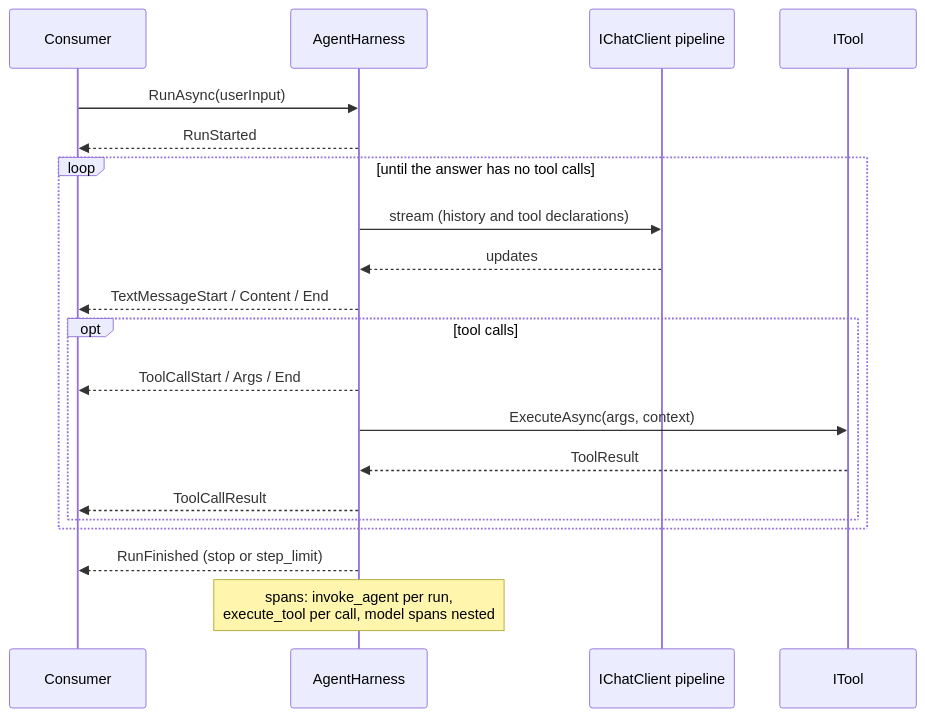
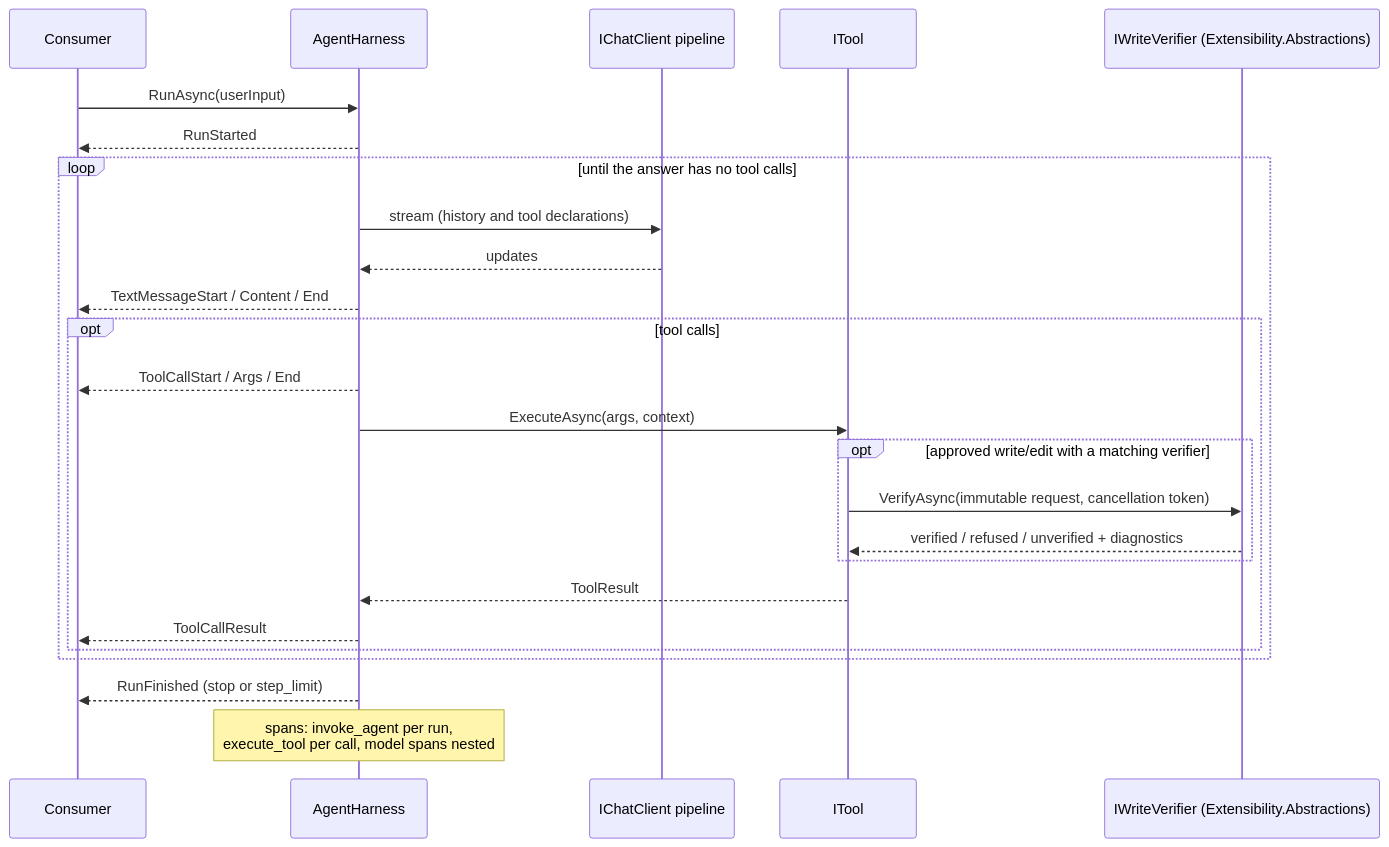
The third of 4 diagrams in docs/architecture.md (wdaniel1993/lunate), drawn with Mermaid before and after one commit. The commit also changed other lines of this file and 72 other files, not shown here.

First line of the commit message:
Implement verified edits: compile before write, diagnose before apply (#342)

````diff
--- a/docs/architecture.md
+++ b/docs/architecture.md
@@ -42,23 +42,28 @@
 ```mermaid
 sequenceDiagram
     participant C as Consumer
     participant H as AgentHarness
     participant P as IChatClient pipeline
     participant T as ITool
+    participant V as IWriteVerifier (Extensibility.Abstractions)
 
     C->>H: RunAsync(userInput)
     H-->>C: RunStarted
     loop until the answer has no tool calls
         H->>P: stream (history and tool declarations)
         P-->>H: updates
         H-->>C: TextMessageStart / Content / End
         opt tool calls
             H-->>C: ToolCallStart / Args / End
             H->>T: ExecuteAsync(args, context)
+            opt approved write/edit with a matching verifier
+                T->>V: VerifyAsync(immutable request, cancellation token)
+                V-->>T: verified / refused / unverified + diagnostics
+            end
             T-->>H: ToolResult
             H-->>C: ToolCallResult
         end
     end
     H-->>C: RunFinished (stop or step_limit)
     Note over H: spans: invoke_agent per run,<br/>execute_tool per call, model spans nested
 ```
````
